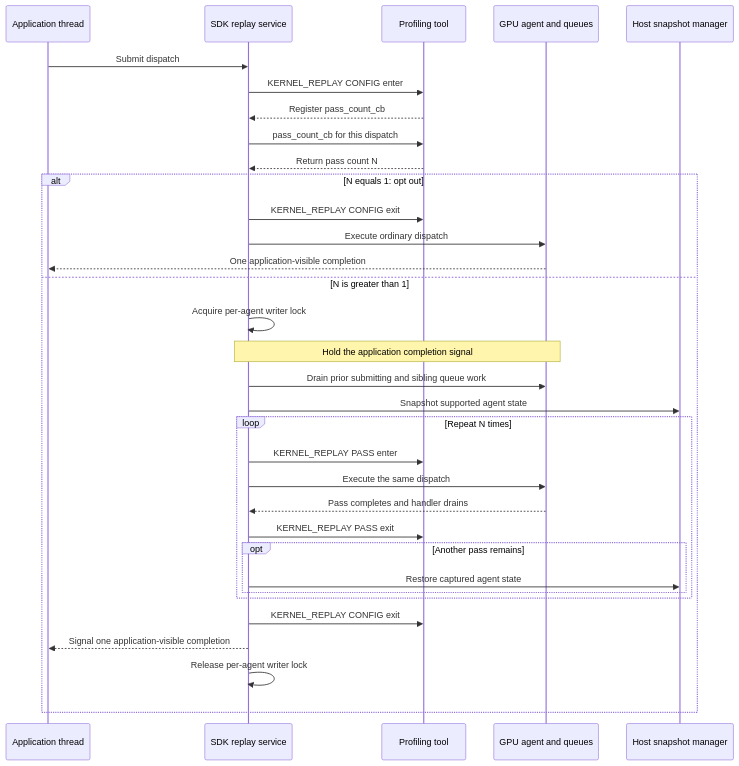
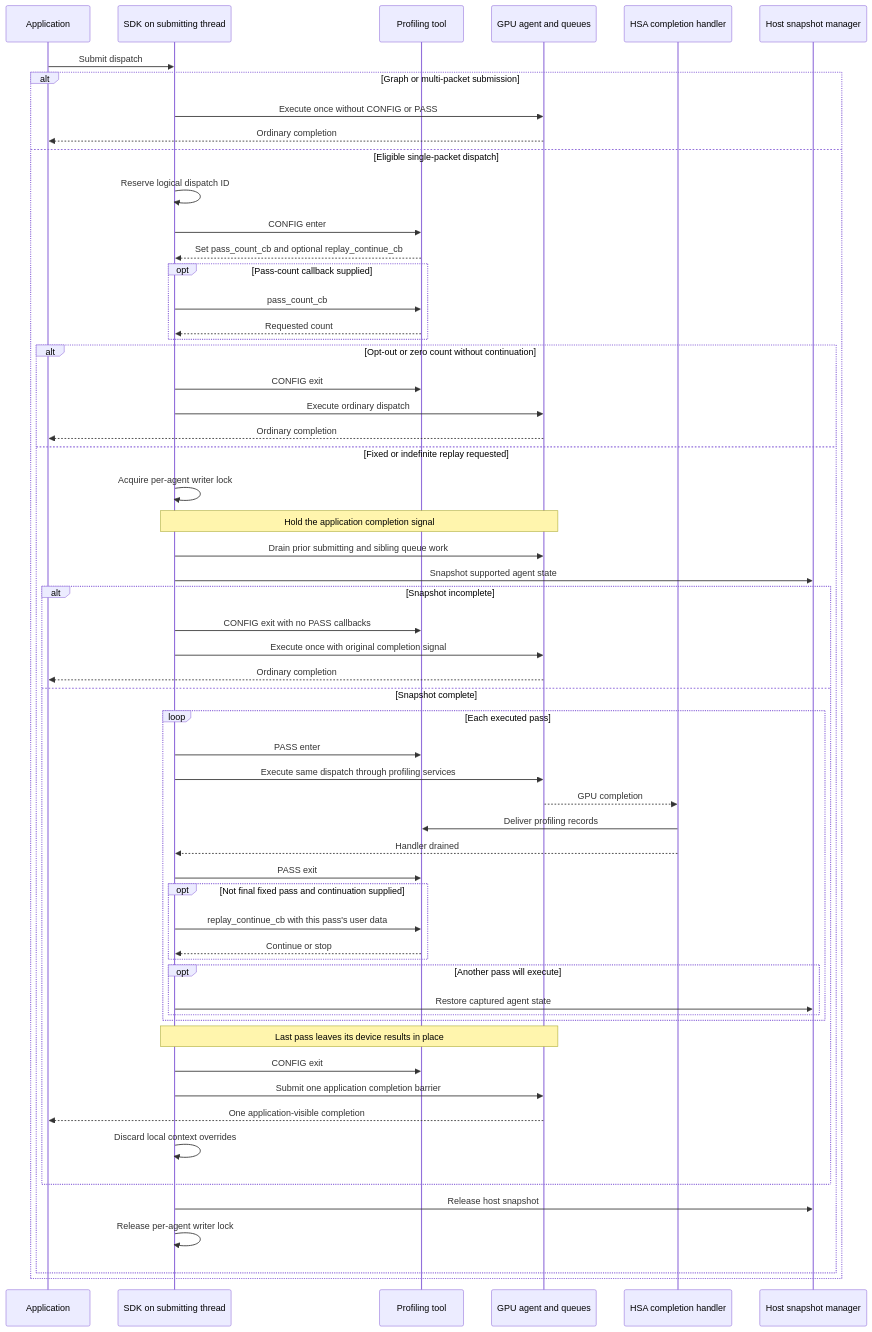
The second of 7 diagrams in projects/rocprofiler-compute/docs/design/hld-kernel-replay.md (ROCm/rocm-systems), drawn with Mermaid before and after one commit. The commit also changed other lines of this file, not shown here.

````diff
--- a/projects/rocprofiler-compute/docs/design/hld-kernel-replay.md
+++ b/projects/rocprofiler-compute/docs/design/hld-kernel-replay.md
@@ -82,36 +178,61 @@
 ```mermaid
 sequenceDiagram
-    participant App as Application thread
-    participant SDK as SDK replay service
+    participant App as Application
+    participant SDK as SDK on submitting thread
     participant Tool as Profiling tool
     participant Agent as GPU agent and queues
+    participant Handler as HSA completion handler
     participant Snapshot as Host snapshot manager
 
     App->>SDK: Submit dispatch
-    SDK->>Tool: KERNEL_REPLAY CONFIG enter
-    Tool-->>SDK: Register pass_count_cb
-    SDK->>Tool: pass_count_cb for this dispatch
-    Tool-->>SDK: Return pass count N
-    alt N equals 1: opt out
-        SDK->>Tool: KERNEL_REPLAY CONFIG exit
+    alt Graph or multi-packet submission
+        SDK->>Agent: Execute once without CONFIG or PASS
+        Agent-->>App: Ordinary completion
+    else Eligible single-packet dispatch
+        SDK->>SDK: Reserve logical dispatch ID
+        SDK->>Tool: CONFIG enter
+        Tool-->>SDK: Set pass_count_cb and optional replay_continue_cb
+        opt Pass-count callback supplied
+            SDK->>Tool: pass_count_cb
+            Tool-->>SDK: Requested count
+        end
+    alt Opt-out or zero count without continuation
+        SDK->>Tool: CONFIG exit
         SDK->>Agent: Execute ordinary dispatch
-        Agent-->>App: One application-visible completion
-    else N is greater than 1
+        Agent-->>App: Ordinary completion
+    else Fixed or indefinite replay requested
         SDK->>SDK: Acquire per-agent writer lock
         Note over SDK,Agent: Hold the application completion signal
         SDK->>Agent: Drain prior submitting and sibling queue work
         SDK->>Snapshot: Snapshot supported agent state
-        loop Repeat N times
-            SDK->>Tool: KERNEL_REPLAY PASS enter
-            SDK->>Agent: Execute the same dispatch
-            Agent-->>SDK: Pass completes and handler drains
-            SDK->>Tool: KERNEL_REPLAY PASS exit
-            opt Another pass remains
-                SDK->>Snapshot: Restore captured agent state
+        alt Snapshot incomplete
+            SDK->>Tool: CONFIG exit with no PASS callbacks
+            SDK->>Agent: Execute once with original completion signal
+            Agent-->>App: Ordinary completion
+        else Snapshot complete
+            loop Each executed pass
+                SDK->>Tool: PASS enter
+                SDK->>Agent: Execute same dispatch through profiling services
+                Agent-->>Handler: GPU completion
+                Handler->>Tool: Deliver profiling records
+                Handler-->>SDK: Handler drained
+                SDK->>Tool: PASS exit
+                opt Not final fixed pass and continuation supplied
+                    SDK->>Tool: replay_continue_cb with this pass's user data
+                    Tool-->>SDK: Continue or stop
+                end
+                opt Another pass will execute
+                    SDK->>Snapshot: Restore captured agent state
+                end
             end
+            Note over SDK,Agent: Last pass leaves its device results in place
+            SDK->>Tool: CONFIG exit
+            SDK->>Agent: Submit one application completion barrier
+            Agent-->>App: One application-visible completion
+            SDK->>SDK: Discard local context overrides
         end
-        SDK->>Tool: KERNEL_REPLAY CONFIG exit
-        SDK-->>App: Signal one application-visible completion
+        SDK->>Snapshot: Release host snapshot
         SDK->>SDK: Release per-agent writer lock
     end
+    end
 ```
````
